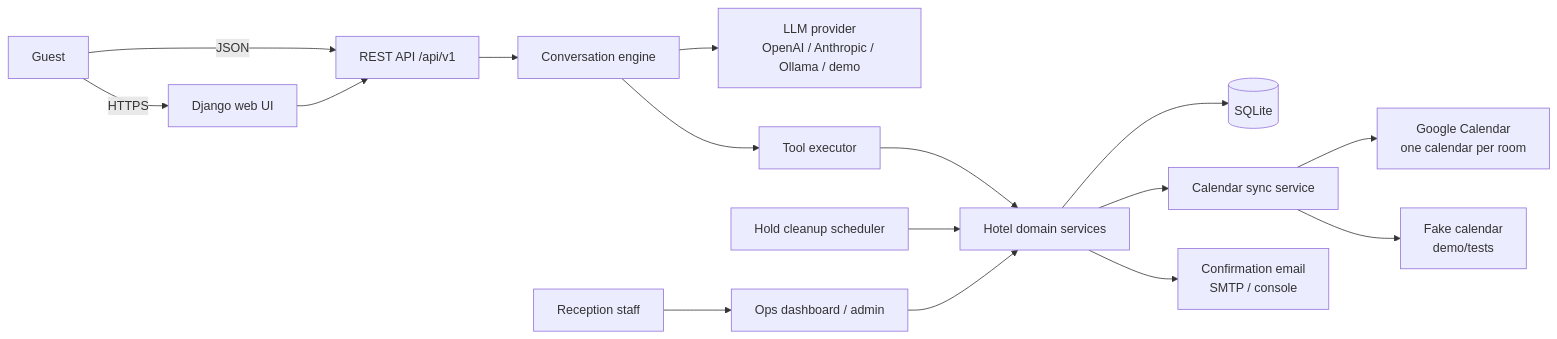
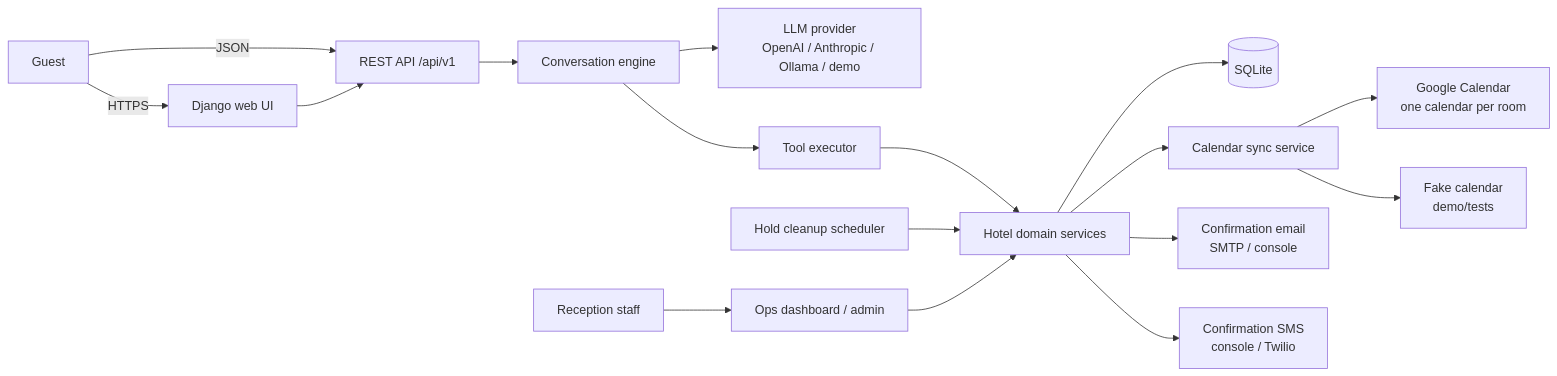
Before and after one commit to michalfrackowiak/hotel-ai-alpha: the first of 4 diagrams in docs/ARCHITECTURE.md, drawn with Mermaid. The commit also changed other lines of this file and 43 other files, not shown here.

````diff
--- a/docs/ARCHITECTURE.md
+++ b/docs/ARCHITECTURE.md
@@ -7,18 +7,19 @@
 ```mermaid
 flowchart LR
     Guest[Guest] -->|HTTPS| Web[Django web UI]
     Guest -->|JSON| API[REST API /api/v1]
     Web --> API
     API --> Agent[Conversation engine]
     Agent --> LLM[LLM provider<br/>OpenAI / Anthropic / Ollama / demo]
     Agent --> Tools[Tool executor]
     Tools --> Hotel[Hotel domain services]
     Hotel --> DB[(SQLite)]
     Hotel --> Calendar[Calendar sync service]
     Calendar --> Google[Google Calendar<br/>one calendar per room]
     Calendar --> Fake[Fake calendar<br/>demo/tests]
     Hotel --> Mail[Confirmation email<br/>SMTP / console]
+    Hotel --> SMS[Confirmation SMS<br/>console / Twilio]
     Scheduler[Hold cleanup scheduler] --> Hotel
     Staff[Reception staff] --> Ops[Ops dashboard / admin]
     Ops --> Hotel
 ```
````
